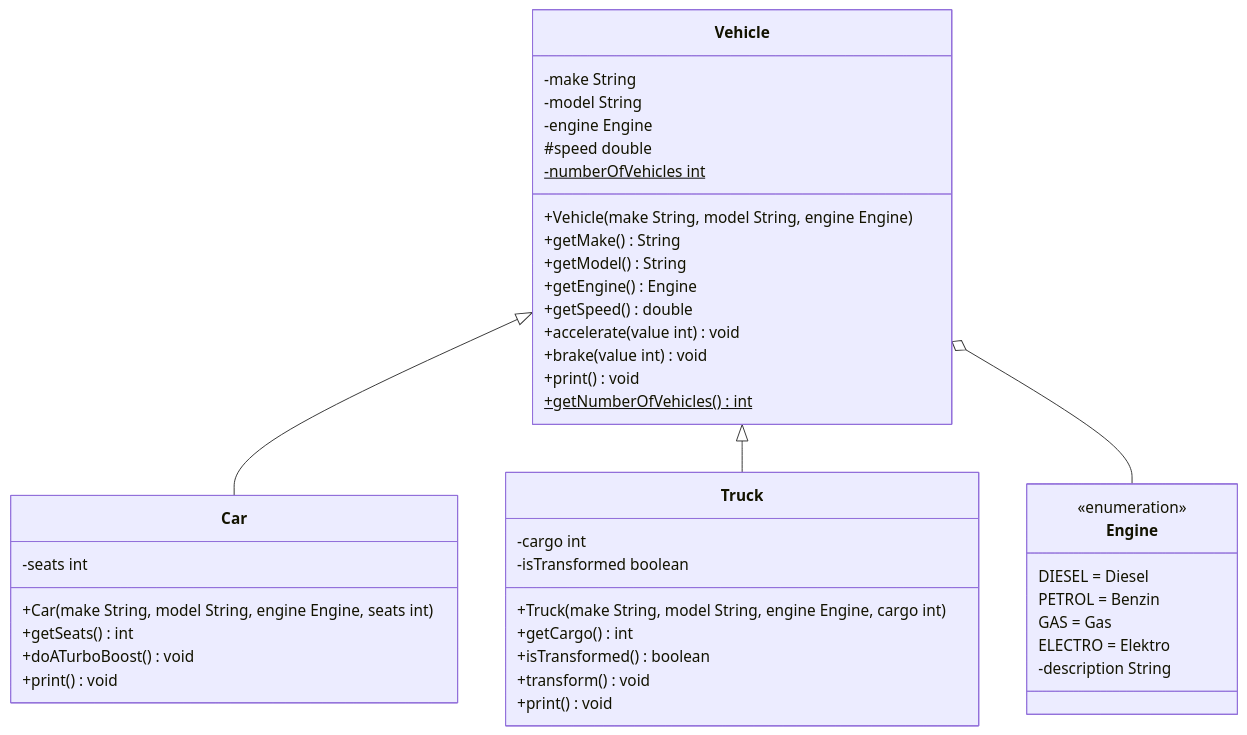
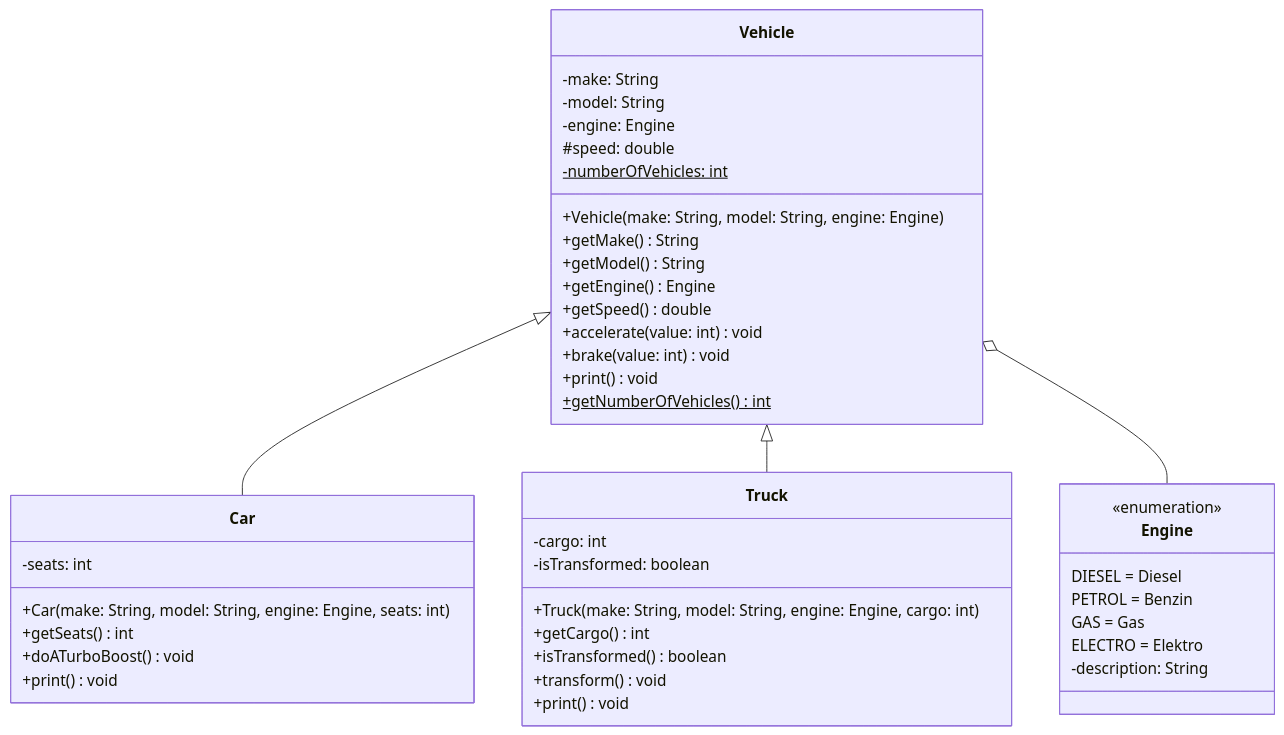
One commit to jappuccini/java-docs changed the diagram in docs/exercises/polymorphy/polymorphy01.mdx. Above: the diagram before and after it, drawn with Mermaid. The commit also changed other lines of this file and 76 other files, not shown here.

Commit message:
uml fixes (colons, properties), headline fixes (italic) and exam result updates

````diff
--- a/docs/exercises/polymorphy/polymorphy01.mdx
+++ b/docs/exercises/polymorphy/polymorphy01.mdx
@@ -17,50 +17,50 @@
 ```mermaid
 classDiagram
     Vehicle <|-- Car
     Vehicle <|-- Truck
     Vehicle o-- Engine
 
     class Vehicle {
-        -make String
-        -model String
-        -engine Engine
-        #speed double
-        -numberOfVehicles int$
-        +Vehicle(make String, model String, engine Engine)
+        -make: String
+        -model: String
+        -engine: Engine
+        #speed: double
+        -numberOfVehicles: int$
+        +Vehicle(make: String, model: String, engine: Engine)
         +getMake() String
         +getModel() String
         +getEngine() Engine
         +getSpeed() double
-        +accelerate(value int) void
-        +brake(value int) void
+        +accelerate(value: int) void
+        +brake(value: int) void
         +print() void
         +getNumberOfVehicles()$ int
     }
 
     class Engine {
         <<enumeration>>
         DIESEL = Diesel
         PETROL = Benzin
         GAS = Gas
         ELECTRO = Elektro
-        -description String
+        -description: String
     }
 
     class Car {
-        -seats int
-        +Car(make String, model String, engine Engine, seats int)
+        -seats: int
+        +Car(make: String, model: String, engine: Engine, seats: int)
         +getSeats() int
         +doATurboBoost() void
         +print() void
     }
 
     class Truck {
-        -cargo int
-        -isTransformed boolean
-        +Truck(make String, model String, engine Engine, cargo int)
+        -cargo: int
+        -isTransformed: boolean
+        +Truck(make: String, model: String, engine: Engine, cargo: int)
         +getCargo() int
         +isTransformed() boolean
         +transform() void
         +print() void
     }
 ```
````
